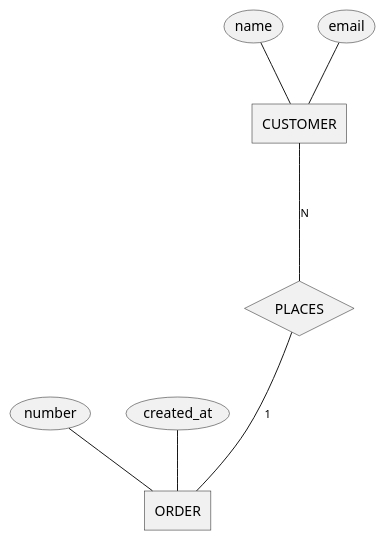
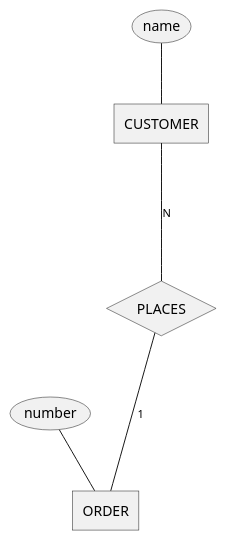
Diagram 12 of 24 in docs/tools/plantuml.md (iwizy/analyst_kb), drawn with PlantUML before and after one commit. The commit also changed other lines of this file, not shown here.

Commit message:
Обновление материалов по PlantUML

````diff
--- a/docs/tools/plantuml.md
+++ b/docs/tools/plantuml.md
@@ -316,16 +193,14 @@
 ```kroki-plantuml
 @startchen
 entity CUSTOMER {
   name
-  email
 }
 entity ORDER {
   number
-  created_at
 }
 relationship PLACES {
 }
 CUSTOMER -N- PLACES
 PLACES -1- ORDER
 @endchen
 ```
````
